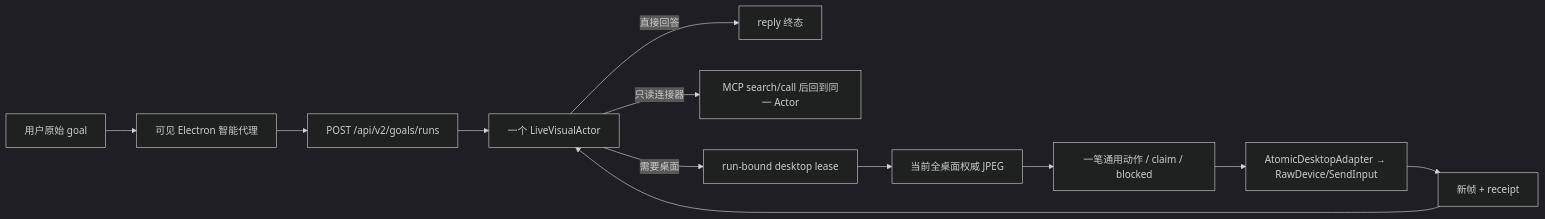
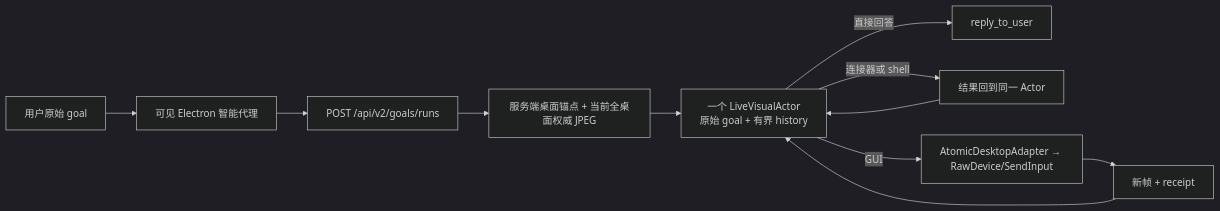
One commit to zoujiapeng/lingdong-script changed the diagram in docs/project-guide/README.md. Above: the diagram before and after it, drawn with Mermaid (dark theme). The commit also changed other lines of this file and 58 other files, not shown here.

````diff
--- a/docs/project-guide/README.md
+++ b/docs/project-guide/README.md
@@ -42,14 +42,13 @@
 ```mermaid
 flowchart LR
   User["用户原始 goal"] --> Electron["可见 Electron 智能代理"]
   Electron --> GoalAPI["POST /api/v2/goals/runs"]
-  GoalAPI --> Actor["一个 LiveVisualActor"]
-  Actor -->|直接回答| Reply["reply 终态"]
-  Actor -->|只读连接器| Connector["MCP search/call 后回到同一 Actor"]
-  Actor -->|需要桌面| Lease["run-bound desktop lease"]
-  Lease --> Frame["当前全桌面权威 JPEG"]
-  Frame --> Decision["一笔通用动作 / claim / blocked"]
-  Decision --> Physical["AtomicDesktopAdapter → RawDevice/SendInput"]
+  GoalAPI --> Frame["服务端桌面锚点 + 当前全桌面权威 JPEG"]
+  Frame --> Actor["一个 LiveVisualActor\n原始 goal + 有界 history"]
+  Actor -->|直接回答| Reply["reply_to_user"]
+  Actor -->|连接器或 shell| Local["结果回到同一 Actor"]
+  Local --> Actor
+  Actor -->|GUI| Physical["AtomicDesktopAdapter → RawDevice/SendInput"]
   Physical --> NewFrame["新帧 + receipt"]
   NewFrame --> Actor
 ```
````
